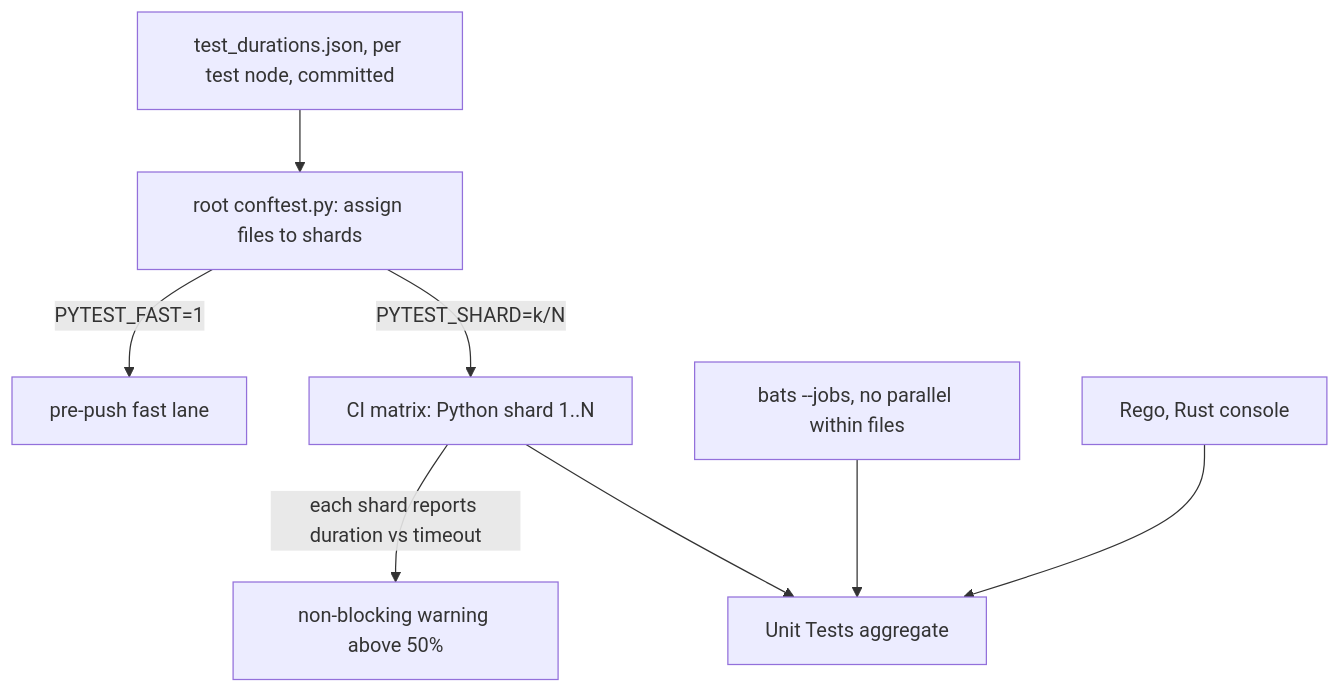
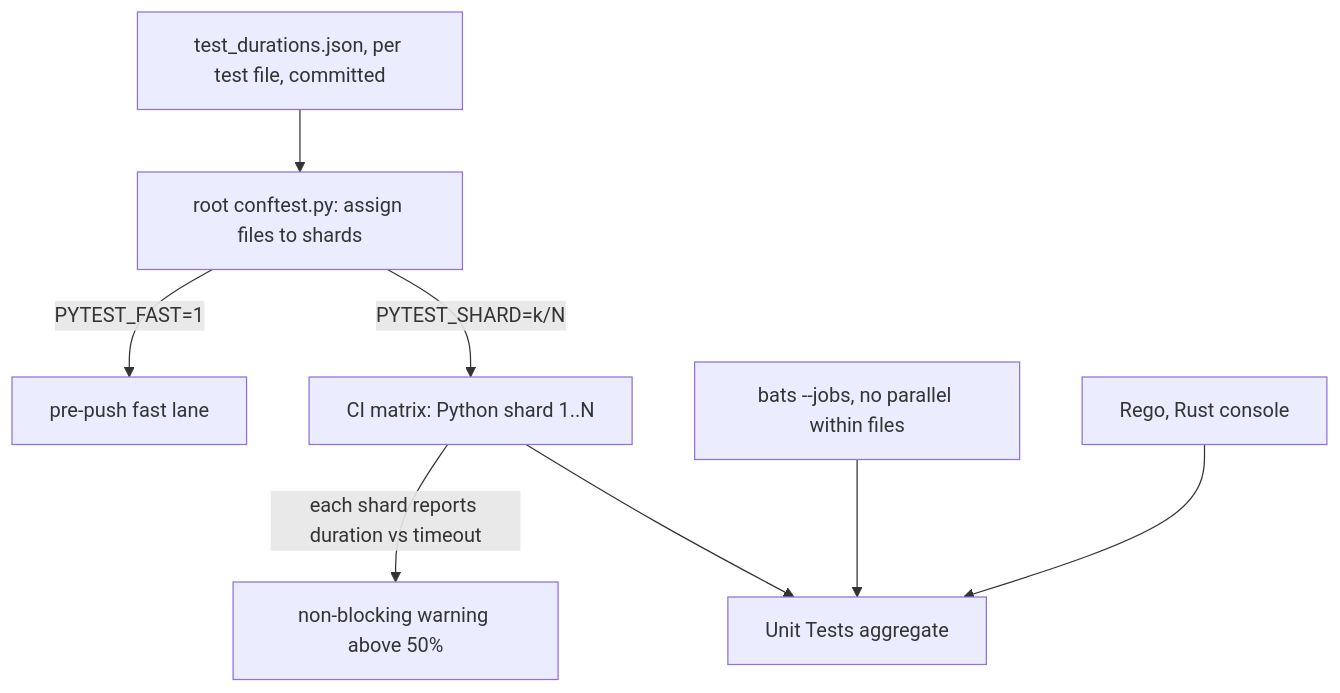
One commit to uhstray-io/agent-cloud changed the diagram in plan/development/21-test-suite-runtime.md. Above: the diagram before and after it, drawn with Mermaid. The commit also changed other lines of this file and 13 other files, not shown here.

````diff
--- a/plan/development/21-test-suite-runtime.md
+++ b/plan/development/21-test-suite-runtime.md
@@ -133,10 +133,10 @@
 ```mermaid
 flowchart TD
-  durations[test_durations.json, per test node, committed] --> hook[root conftest.py: assign files to shards]
+  durations[test_durations.json, per test file, committed] --> hook[root conftest.py: assign files to shards]
   hook -->|PYTEST_SHARD=k/N| shards[CI matrix: Python shard 1..N]
   hook -->|PYTEST_FAST=1| fastlane[pre-push fast lane]
   shards --> unittests[Unit Tests aggregate]
   batsjobs[bats --jobs, no parallel within files] --> unittests
   otherjobs[Rego, Rust console] --> unittests
   shards -->|each shard reports duration vs timeout| warning[non-blocking warning above 50%]
 ```
````
